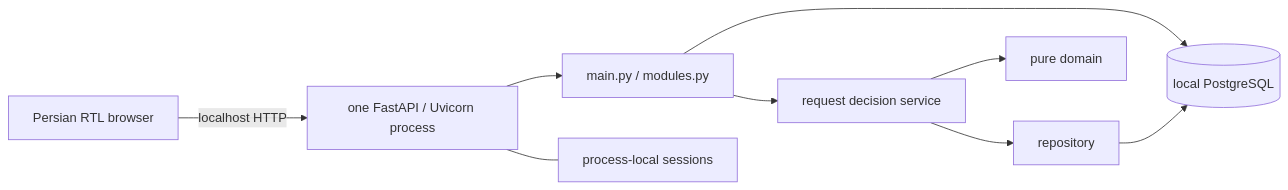
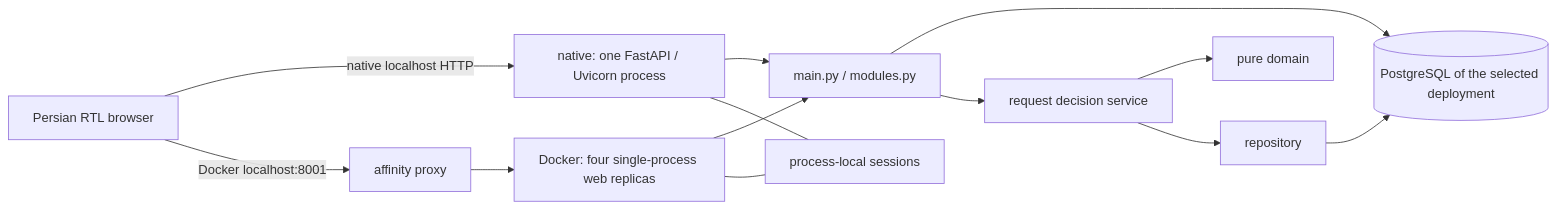
The diagram in models/architecture.mmd (MahdySayyar/hrms-project), drawn with Mermaid before and after one commit. The commit also changed 68 other files, not shown here.

Commit message:
Keep the site responsive during 500 simultaneous logins with four Docker web replicas

```diff
--- a/models/architecture.mmd
+++ b/models/architecture.mmd
@@ -1,10 +1,14 @@
 %% ARCH-01 — Actual deployment
 flowchart LR
-    Browser["Persian RTL browser"] -->|"localhost HTTP"| Web["one FastAPI / Uvicorn process"]
+    Browser["Persian RTL browser"] -->|"native localhost HTTP"| Web["native: one FastAPI / Uvicorn process"]
+    Browser -->|"Docker localhost:8001"| Proxy["affinity proxy"]
+    Proxy --> Replicas["Docker: four single-process web replicas"]
+    Replicas --> Direct
     Web --> Direct["main.py / modules.py"]
-    Direct --> DB[("local PostgreSQL")]
+    Direct --> DB[("PostgreSQL of the selected deployment")]
     Direct --> Service["request decision service"]
     Service --> Domain["pure domain"]
     Service --> Repository["repository"]
     Repository --> DB
     Web --- Memory["process-local sessions"]
+    Replicas --- Memory
```
